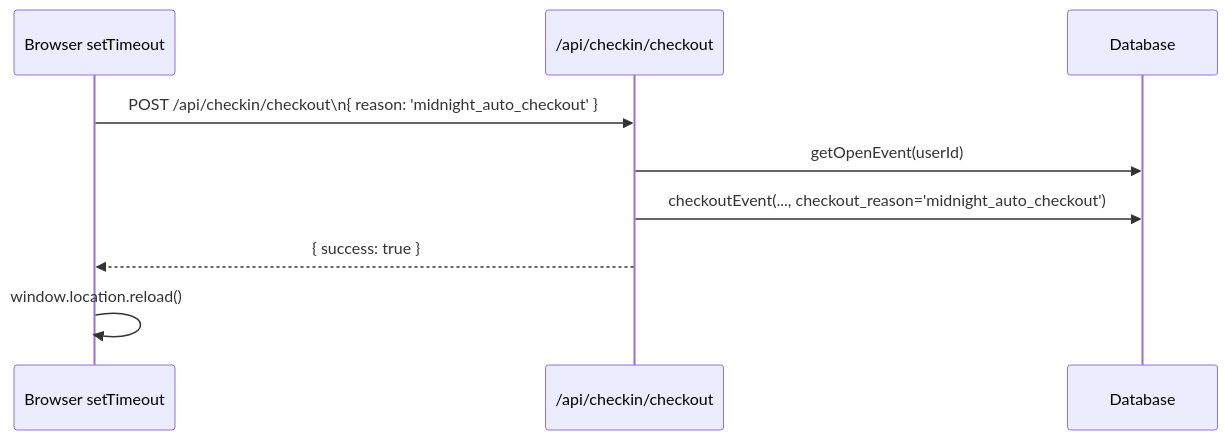
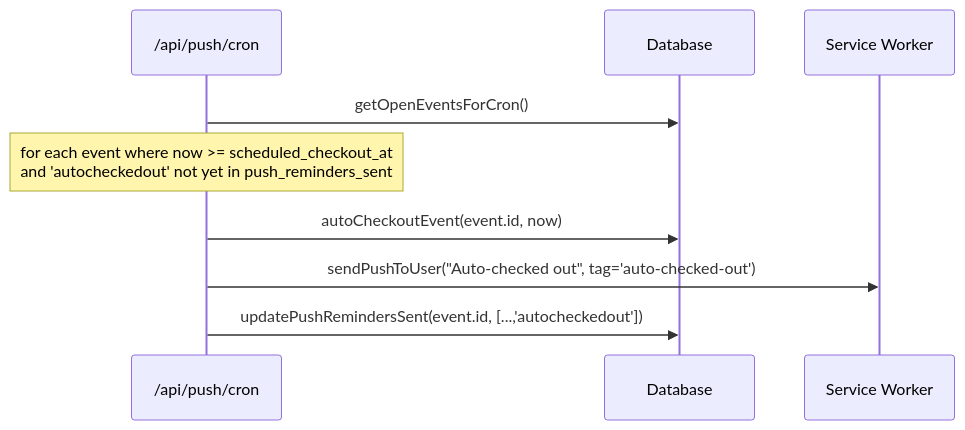
Before and after one commit to ksharma20/checkmark: the fourth of 6 diagrams in docs/architecture/checkin-flow.md, drawn with Mermaid. The commit also changed other lines of this file and 296 other files, not shown here.

````diff
--- a/docs/architecture/checkin-flow.md
+++ b/docs/architecture/checkin-flow.md
@@ -126,12 +136,12 @@
 ```mermaid
 sequenceDiagram
-  participant Timer as Browser setTimeout
-  participant API as /api/checkin/checkout
+  participant C as /api/push/cron
   participant DB as Database
+  participant SW as Service Worker
 
-  Timer->>API: POST /api/checkin/checkout\n{ reason: 'midnight_auto_checkout' }
-  API->>DB: getOpenEvent(userId)
-  API->>DB: checkoutEvent(..., checkout_reason='midnight_auto_checkout')
-  API-->>Timer: { success: true }
-  Timer->>Timer: window.location.reload()
+  C->>DB: getOpenEventsForCron()
+  Note over C: for each event where now >= scheduled_checkout_at<br/>and 'autocheckedout' not yet in push_reminders_sent
+  C->>DB: autoCheckoutEvent(event.id, now)
+  C->>SW: sendPushToUser("Auto-checked out", tag='auto-checked-out')
+  C->>DB: updatePushRemindersSent(event.id, [...,'autocheckedout'])
 ```
````
